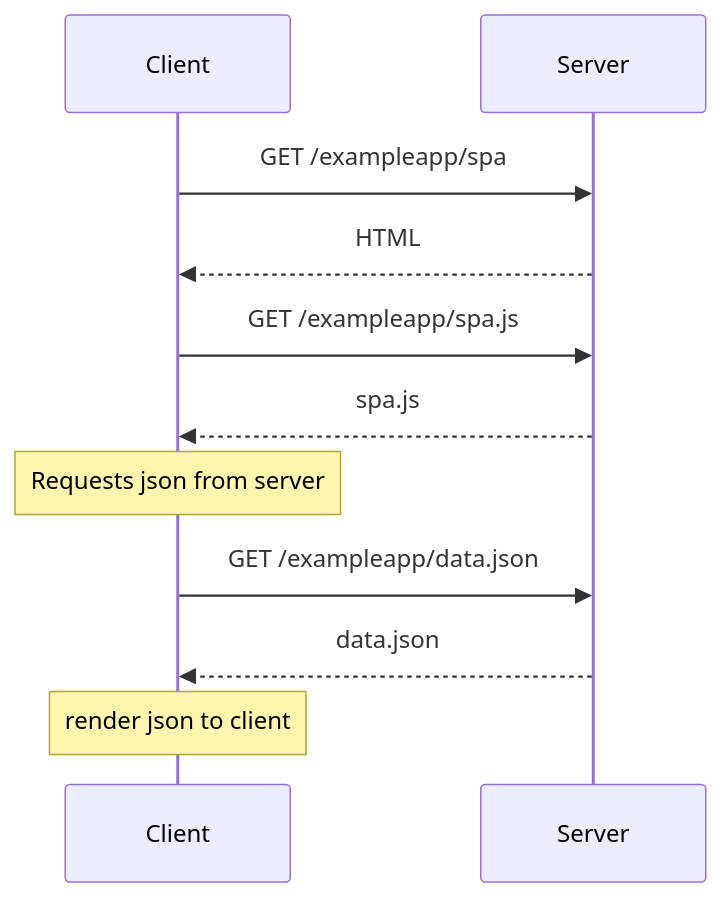
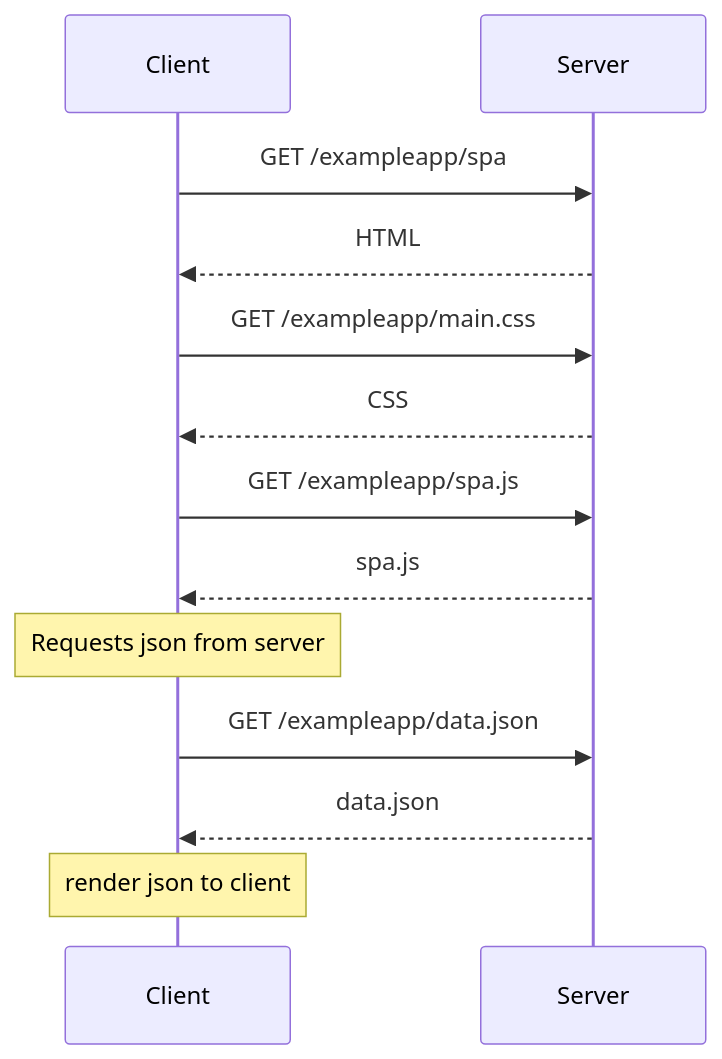
One commit to migui3230/fullStackOpenSubmissions changed the diagram in part0/0.5_spa.md. Above: the diagram before and after it, drawn with Mermaid. The commit also changed 1 other file, not shown here.

Commit message:
update exercise 0.4 and 0.5

````diff
--- a/part0/0.5_spa.md
+++ b/part0/0.5_spa.md
@@ -1,12 +1,14 @@
 ```mermaid
     sequenceDiagram
     Client ->>Server: GET /exampleapp/spa
     Server -->>Client: HTML
+    Client ->>Server: GET /exampleapp/main.css
+    Server -->>Client: CSS
     Client ->>Server: GET /exampleapp/spa.js
     Server -->>Client: spa.js
     Note over Client: Requests json from server
     Client ->>Server: GET /exampleapp/data.json
     Server -->>Client: data.json
     Note over Client: render json to client
 
 ```
````
